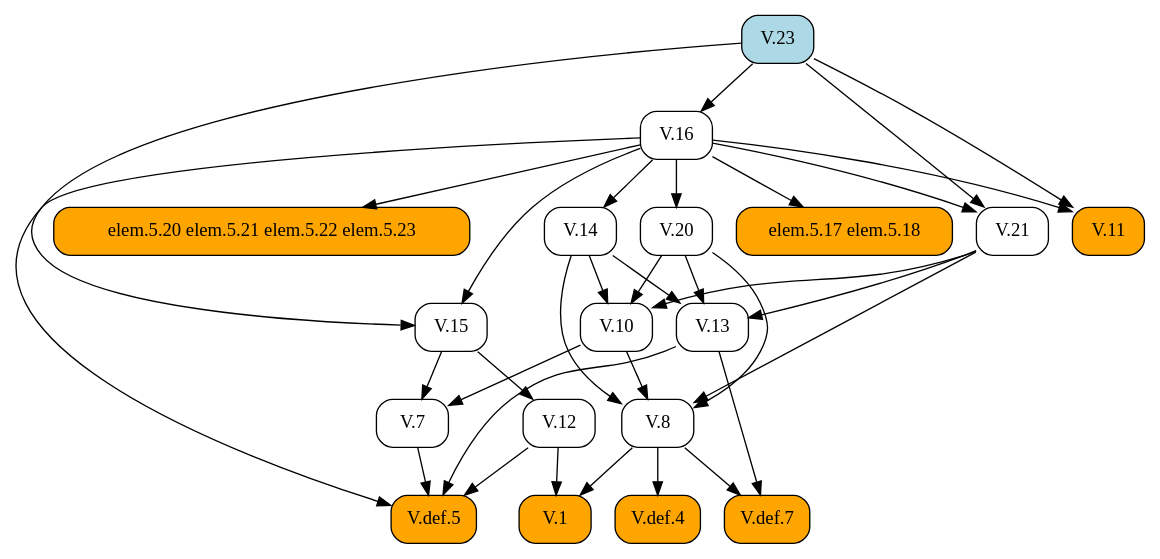
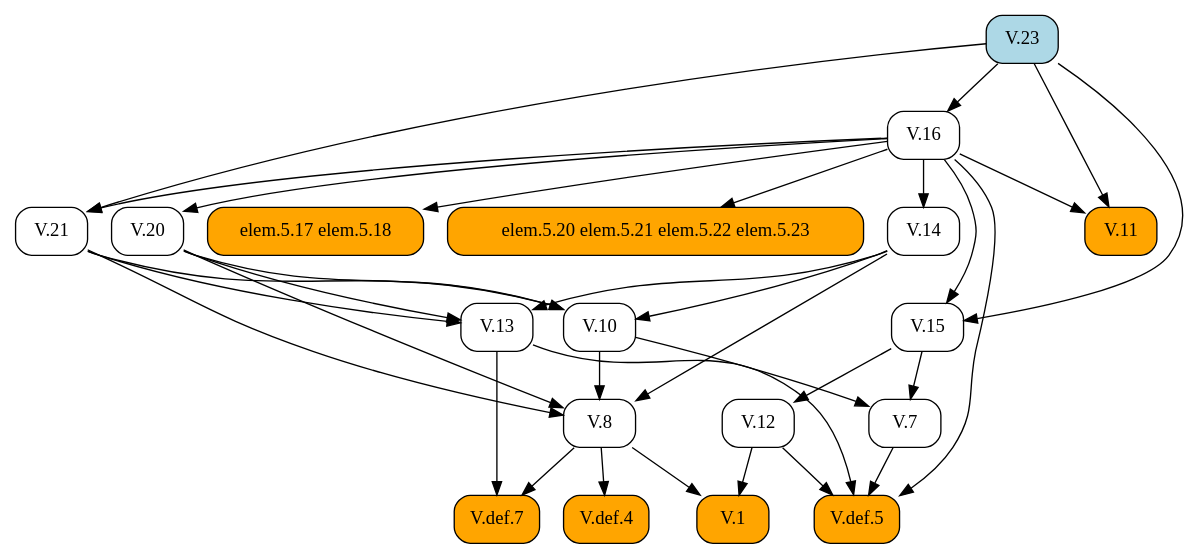
Before and after one commit to geometor/elements: the diagram in docsrc/elements2/V/23/index.rst, drawn with Graphviz. The commit also changed other lines of this file and 409 other files, not shown here.

First line of the commit message:
feat: Add image cropping and graphic extraction script

```diff
--- a/docsrc/elements2/V/23/index.rst
+++ b/docsrc/elements2/V/23/index.rst
@@ -107,57 +107,57 @@
 .. graphviz::
 
    digraph {
      rankdir="TB";
      node [shape=box, style=rounded];
+     "V.14" [URL="/elements2/V/14/", target="_top"];
+     "elem.5.17 elem.5.18" [style="rounded,filled", fillcolor=orange];
+     "V.21" [URL="/elements2/V/21/", target="_top"];
      "V.20" [URL="/elements2/V/20/", target="_top"];
-     "V.14" [URL="/elements2/V/14/", target="_top"];
+     "V.16" [URL="/elements2/V/16/", target="_top"];
      "V.10" [URL="/elements2/V/10/", target="_top"];
+     "V.8" [URL="/elements2/V/8/", target="_top"];
+     "V.def.7" [style="rounded,filled", fillcolor=orange, URL="/elements2/V/def.7/", target="_top"];
+     "V.12" [URL="/elements2/V/12/", target="_top"];
+     "V.11" [style="rounded,filled", fillcolor=orange, URL="/elements2/V/11/", target="_top"];
+     "elem.5.20 elem.5.21 elem.5.22 elem.5.23" [style="rounded,filled", fillcolor=orange];
      "V.def.5" [style="rounded,filled", fillcolor=orange, URL="/elements2/V/def.5/", target="_top"];
+     "V.13" [URL="/elements2/V/13/", target="_top"];
      "V.def.4" [style="rounded,filled", fillcolor=orange, URL="/elements2/V/def.4/", target="_top"];
      "V.23" [style="rounded,filled", fillcolor=lightblue, URL="/elements2/V/23/", target="_top"];
+     "V.15" [URL="/elements2/V/15/", target="_top"];
      "V.1" [style="rounded,filled", fillcolor=orange, URL="/elements2/V/1/", target="_top"];
      "V.7" [URL="/elements2/V/7/", target="_top"];
-     "V.13" [URL="/elements2/V/13/", target="_top"];
-     "V.12" [URL="/elements2/V/12/", target="_top"];
-     "V.11" [style="rounded,filled", fillcolor=orange, URL="/elements2/V/11/", target="_top"];
-     "elem.5.17 elem.5.18" [style="rounded,filled", fillcolor=orange];
-     "elem.5.20 elem.5.21 elem.5.22 elem.5.23" [style="rounded,filled", fillcolor=orange];
-     "V.21" [URL="/elements2/V/21/", target="_top"];
-     "V.16" [URL="/elements2/V/16/", target="_top"];
-     "V.15" [URL="/elements2/V/15/", target="_top"];
-     "V.8" [URL="/elements2/V/8/", target="_top"];
-     "V.def.7" [style="rounded,filled", fillcolor=orange, URL="/elements2/V/def.7/", target="_top"];
+     "V.16" -> "V.14";
+     "V.16" -> "elem.5.17 elem.5.18";
+     "V.16" -> "V.21";
+     "V.23" -> "V.21";
      "V.16" -> "V.20";
-     "V.16" -> "V.14";
+     "V.23" -> "V.16";
      "V.14" -> "V.10";
      "V.20" -> "V.10";
      "V.21" -> "V.10";
-     "V.7" -> "V.def.5";
-     "V.12" -> "V.def.5";
-     "V.13" -> "V.def.5";
-     "V.16" -> "V.def.5";
-     "V.8" -> "V.def.4";
-     "V.8" -> "V.1";
-     "V.12" -> "V.1";
-     "V.10" -> "V.7";
-     "V.15" -> "V.7";
-     "V.14" -> "V.13";
-     "V.20" -> "V.13";
-     "V.21" -> "V.13";
-     "V.15" -> "V.12";
-     "V.16" -> "V.11";
-     "V.23" -> "V.11";
-     "V.16" -> "elem.5.17 elem.5.18";
-     "V.16" -> "elem.5.20 elem.5.21 elem.5.22 elem.5.23";
-     "V.16" -> "V.21";
-     "V.23" -> "V.21";
-     "V.23" -> "V.16";
-     "V.16" -> "V.15";
-     "V.23" -> "V.15";
      "V.10" -> "V.8";
      "V.14" -> "V.8";
      "V.20" -> "V.8";
      "V.21" -> "V.8";
      "V.8" -> "V.def.7";
      "V.13" -> "V.def.7";
+     "V.15" -> "V.12";
+     "V.16" -> "V.11";
+     "V.23" -> "V.11";
+     "V.16" -> "elem.5.20 elem.5.21 elem.5.22 elem.5.23";
+     "V.7" -> "V.def.5";
+     "V.12" -> "V.def.5";
+     "V.13" -> "V.def.5";
+     "V.16" -> "V.def.5";
+     "V.14" -> "V.13";
+     "V.20" -> "V.13";
+     "V.21" -> "V.13";
+     "V.8" -> "V.def.4";
+     "V.16" -> "V.15";
+     "V.23" -> "V.15";
+     "V.8" -> "V.1";
+     "V.12" -> "V.1";
+     "V.10" -> "V.7";
+     "V.15" -> "V.7";
    }
```
